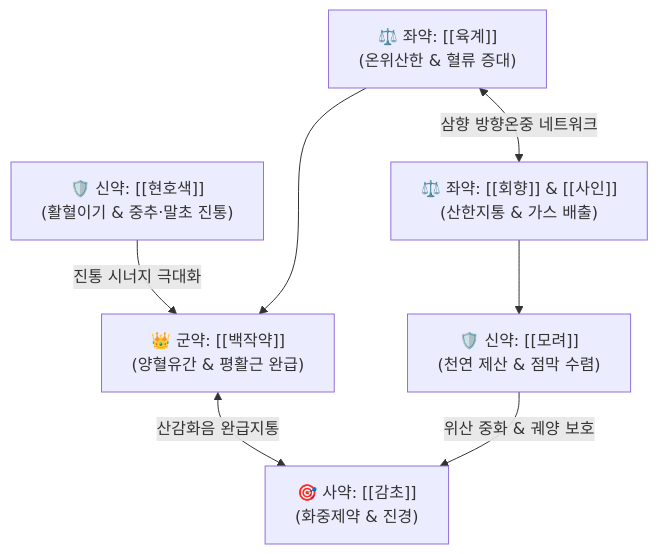
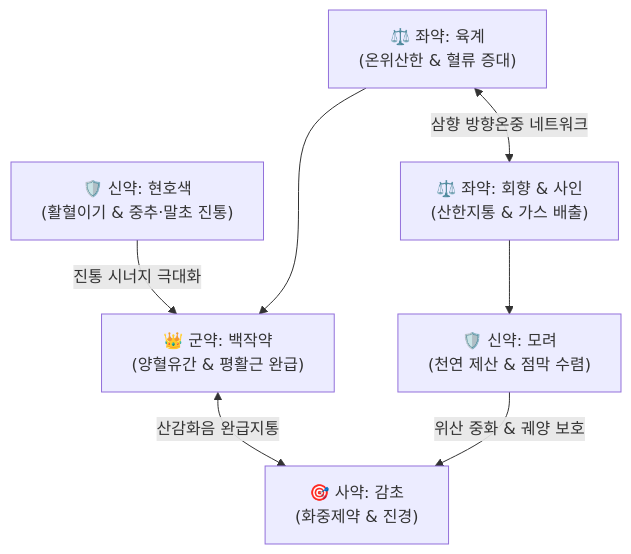
Before and after one commit to simbio11/simbio-digital-garden2: the diagram in content/2. 약리 공부/처방/04_이기·화해제/안중산.md, drawn with Mermaid. The commit also changed other lines of this file and 122 other files, not shown here.

````diff
--- a/content/2. 약리 공부/처방/04_이기·화해제/안중산.md
+++ b/content/2. 약리 공부/처방/04_이기·화해제/안중산.md
@@ -64,9 +65,9 @@
 ```mermaid
 graph TD
-    BJ["👑 군약: [[백작약]]<br>(양혈유간 & 평활근 완급)"] <-->|산감화음 완급지통| GC["🎯 사약: [[감초]]<br>(화중제약 & 진경)"]
-    HH["🛡️ 신약: [[현호색]]<br>(활혈이기 & 중추·말초 진통)"] -->|진통 시너지 극대화| BJ
-    ML["🛡️ 신약: [[모려]]<br>(천연 제산 & 점막 수렴)"] -->|위산 중화 & 궤양 보호| GC
-    YG["⚖️ 좌약: [[육계]]<br>(온위산한 & 혈류 증대)"] <-->|삼향 방향온중 네트워크| HH2["⚖️ 좌약: [[회향]] & [[사인]]<br>(산한지통 & 가스 배출)"]
+    BJ["👑 군약: 백작약<br>(양혈유간 & 평활근 완급)"] <-->|산감화음 완급지통| GC["🎯 사약: 감초<br>(화중제약 & 진경)"]
+    HH["🛡️ 신약: 현호색<br>(활혈이기 & 중추·말초 진통)"] -->|진통 시너지 극대화| BJ
+    ML["🛡️ 신약: 모려<br>(천연 제산 & 점막 수렴)"] -->|위산 중화 & 궤양 보호| GC
+    YG["⚖️ 좌약: 육계<br>(온위산한 & 혈류 증대)"] <-->|삼향 방향온중 네트워크| HH2["⚖️ 좌약: 회향 & 사인<br>(산한지통 & 가스 배출)"]
     YG --> BJ
     HH2 --> ML
 ```
````
